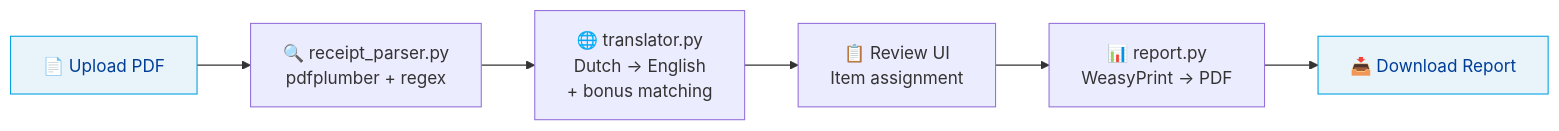
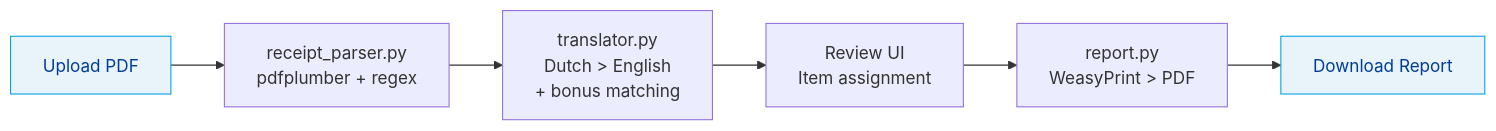
Before and after one commit to luclacombe/ah-receipt-splitter: the diagram in README.md, drawn with Mermaid. The commit also changed other lines of this file and 6 other files, not shown here.

````diff
--- a/README.md
+++ b/README.md
@@ -42,11 +44,11 @@
 ```mermaid
 graph LR
-    A["📄 Upload PDF"] --> B["🔍 receipt_parser.py\npdfplumber + regex"]
-    B --> C["🌐 translator.py\nDutch → English\n+ bonus matching"]
-    C --> D["📋 Review UI\nItem assignment"]
-    D --> E["📊 report.py\nWeasyPrint → PDF"]
-    E --> F["📥 Download Report"]
+    A["Upload PDF"] --> B["receipt_parser.py\npdfplumber + regex"]
+    B --> C["translator.py\nDutch > English\n+ bonus matching"]
+    C --> D["Review UI\nItem assignment"]
+    D --> E["report.py\nWeasyPrint > PDF"]
+    E --> F["Download Report"]
 
     style A fill:#E8F4FA,stroke:#00A0E2,color:#003D97
     style F fill:#E8F4FA,stroke:#00A0E2,color:#003D97
 ```
````
